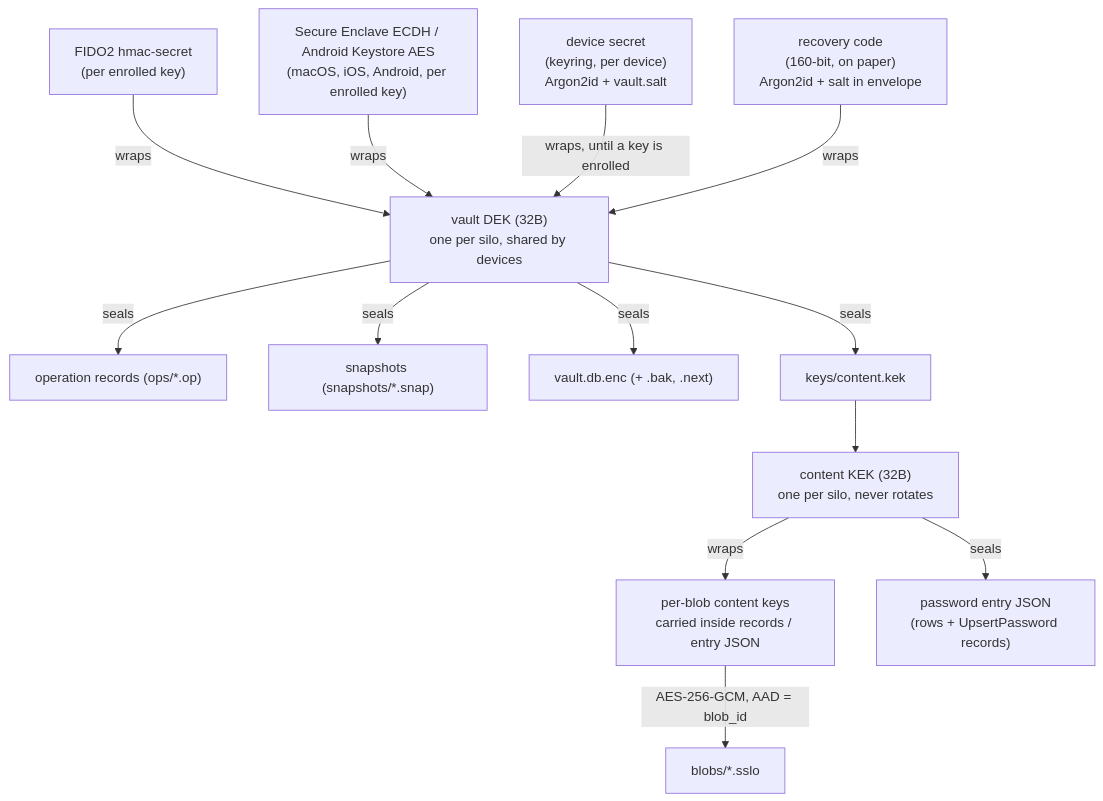
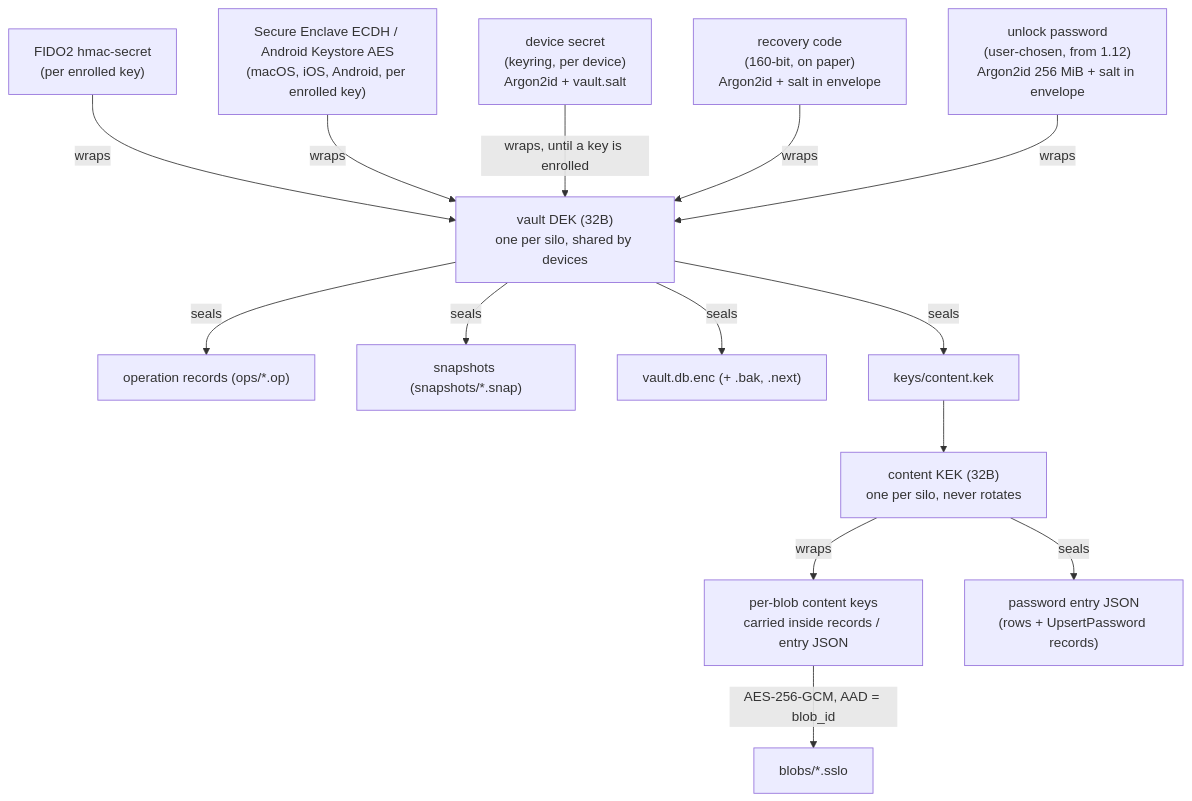
The second of 4 diagrams in docs/ARCHITECTURE.md (silentsilo/core), drawn with Mermaid before and after one commit. The commit also changed 17 other files, not shown here.

First line of the commit message:
Unlock password envelope and its sync

````diff
--- a/docs/ARCHITECTURE.md
+++ b/docs/ARCHITECTURE.md
@@ -183,16 +183,17 @@
 ```mermaid
 flowchart TD
     FIDO2["FIDO2 hmac-secret<br/>(per enrolled key)"] -->|"wraps"| DEK
     SE["Secure Enclave ECDH / Android Keystore AES<br/>(macOS, iOS, Android, per enrolled key)"] -->|"wraps"| DEK
     DS["device secret<br/>(keyring, per device)<br/>Argon2id + vault.salt"] -->|"wraps, until a key is enrolled"| DEK
     RC["recovery code<br/>(160-bit, on paper)<br/>Argon2id + salt in envelope"] -->|"wraps"| DEK
+    PWD["unlock password<br/>(user-chosen, from 1.12)<br/>Argon2id 256 MiB + salt in envelope"] -->|"wraps"| DEK
     DEK["vault DEK (32B)<br/>one per silo, shared by devices"]
     DEK -->|"seals"| OPS["operation records (ops/*.op)"]
     DEK -->|"seals"| SNAP["snapshots (snapshots/*.snap)"]
     DEK -->|"seals"| DB["vault.db.enc (+ .bak, .next)"]
     DEK -->|"seals"| KEKENV["keys/content.kek"]
     KEKENV --> KEK["content KEK (32B)<br/>one per silo, never rotates"]
     KEK -->|"wraps"| CK["per-blob content keys<br/>carried inside records / entry JSON"]
     KEK -->|"seals"| PW["password entry JSON<br/>(rows + UpsertPassword records)"]
     CK -->|"AES-256-GCM, AAD = blob_id"| BLOB["blobs/*.sslo"]
 ```
````
